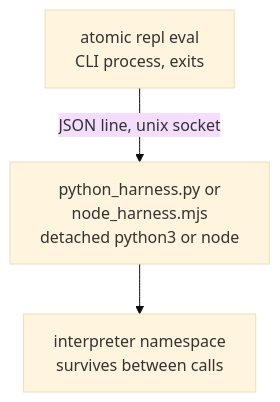
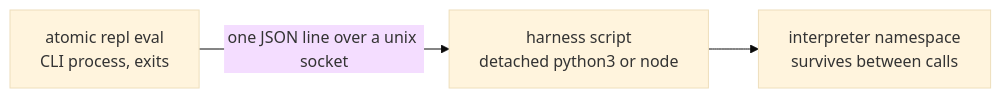
The first of 3 diagrams in docs/wiki/repl.md (damusix/atomic-claude), drawn with Mermaid (base theme) before and after one commit. The commit also changed other lines of this file and 795 other files, not shown here.

````diff
--- a/docs/wiki/repl.md
+++ b/docs/wiki/repl.md
@@ -19,5 +19,5 @@
 ```mermaid
-flowchart TD
-    CLI["atomic repl eval<br/>CLI process, exits"] -->|"JSON line, unix socket"| H["python_harness.py or<br/>node_harness.mjs<br/>detached python3 or node"]
+flowchart LR
+    CLI["atomic repl eval<br/>CLI process, exits"] -->|"one JSON line over a unix socket"| H["harness script<br/>detached python3 or node"]
     H --> NS["interpreter namespace<br/>survives between calls"]
 ```
````
